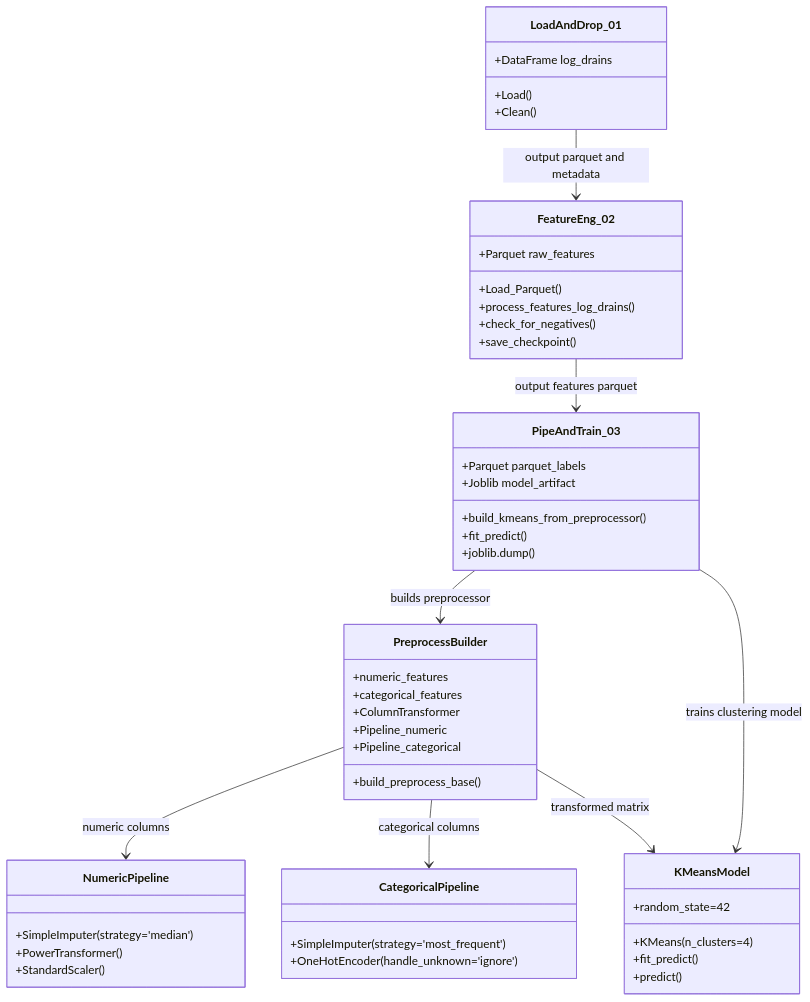
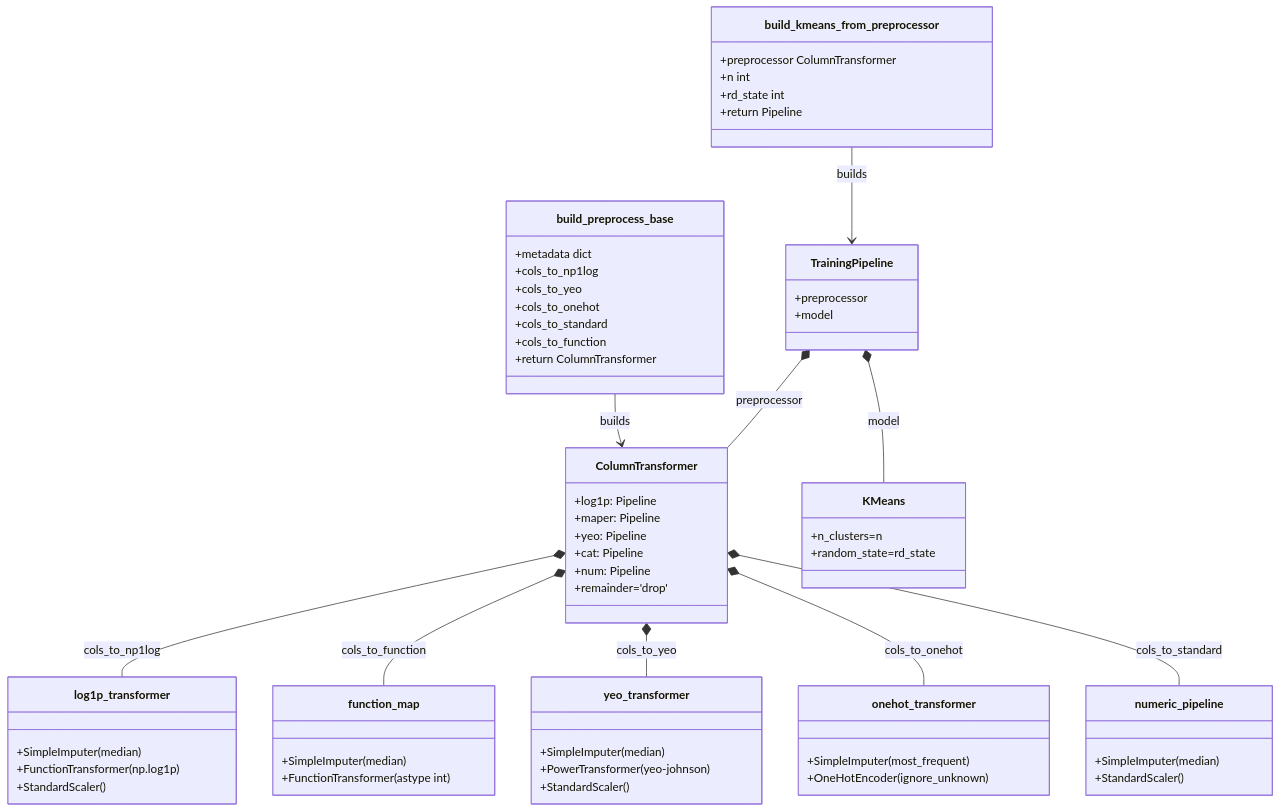
Before and after one commit to Groltjor/LogHound: the diagram in src/utils/build/README.MD, drawn with Mermaid.

Commit message:
Update del Proceso de Train Ver 2

````diff
--- a/src/utils/build/README.MD
+++ b/src/utils/build/README.MD
@@ -3,59 +1,76 @@
 ```mermaid
 classDiagram
-    class LoadAndDrop_01 {
-        +DataFrame log_drains
-        +Load()
-        +Clean()
+    class build_preprocess_base {
+        +metadata dict
+        +cols_to_np1log
+        +cols_to_yeo
+        +cols_to_onehot
+        +cols_to_standard
+        +cols_to_function
+        +return ColumnTransformer
     }
 
-    class FeatureEng_02 {
-        +Parquet raw_features
-        +Load_Parquet()
-        +process_features_log_drains()
-        +check_for_negatives()
-        +save_checkpoint()
+    class ColumnTransformer {
+        +log1p: Pipeline
+        +maper: Pipeline
+        +yeo: Pipeline
+        +cat: Pipeline
+        +num: Pipeline
+        +remainder='drop'
     }
 
-    class PipeAndTrain_03 {
-        +Parquet parquet_labels
-        +Joblib model_artifact
-        +build_kmeans_from_preprocessor()
-        +fit_predict()
-        +joblib.dump()
-    }
-
-    class PreprocessBuilder {
-        +numeric_features
-        +categorical_features
-        +build_preprocess_base()
-        +ColumnTransformer
-        +Pipeline_numeric
-        +Pipeline_categorical
-    }
-
-    class NumericPipeline {
-        +SimpleImputer(strategy='median')
-        +PowerTransformer()
+    class log1p_transformer {
+        +SimpleImputer(median)
+        +FunctionTransformer(np.log1p)
         +StandardScaler()
     }
 
-    class CategoricalPipeline {
-        +SimpleImputer(strategy='most_frequent')
-        +OneHotEncoder(handle_unknown='ignore')
+    class function_map {
+        +SimpleImputer(median)
+        +FunctionTransformer(astype int)
     }
 
-    class KMeansModel {
-        +KMeans(n_clusters=4)
-        +random_state=42
-        +fit_predict()
-        +predict()
+    class yeo_transformer {
+        +SimpleImputer(median)
+        +PowerTransformer(yeo-johnson)
+        +StandardScaler()
     }
 
-    LoadAndDrop_01 --> FeatureEng_02 : output parquet and metadata
-    FeatureEng_02 --> PipeAndTrain_03 : output features parquet
-    PipeAndTrain_03 --> PreprocessBuilder : builds preprocessor
-    PreprocessBuilder --> NumericPipeline : numeric columns
-    PreprocessBuilder --> CategoricalPipeline : categorical columns
-    PipeAndTrain_03 --> KMeansModel : trains clustering model
-    PreprocessBuilder --> KMeansModel : transformed matrix
+    class onehot_transformer {
+        +SimpleImputer(most_frequent)
+        +OneHotEncoder(ignore_unknown)
+    }
+
+    class numeric_pipeline {
+        +SimpleImputer(median)
+        +StandardScaler()
+    }
+
+    class build_kmeans_from_preprocessor {
+        +preprocessor ColumnTransformer
+        +n int
+        +rd_state int
+        +return Pipeline
+    }
+
+    class KMeans {
+        +n_clusters=n
+        +random_state=rd_state
+    }
+
+    class TrainingPipeline {
+        +preprocessor
+        +model
+    }
+
+    build_preprocess_base --> ColumnTransformer : builds
+    ColumnTransformer *-- log1p_transformer : cols_to_np1log
+    ColumnTransformer *-- function_map : cols_to_function
+    ColumnTransformer *-- yeo_transformer : cols_to_yeo
+    ColumnTransformer *-- onehot_transformer : cols_to_onehot
+    ColumnTransformer *-- numeric_pipeline : cols_to_standard
+
+    build_kmeans_from_preprocessor --> TrainingPipeline : builds
+    TrainingPipeline *-- ColumnTransformer : preprocessor
+    TrainingPipeline *-- KMeans : model
 ```
````
